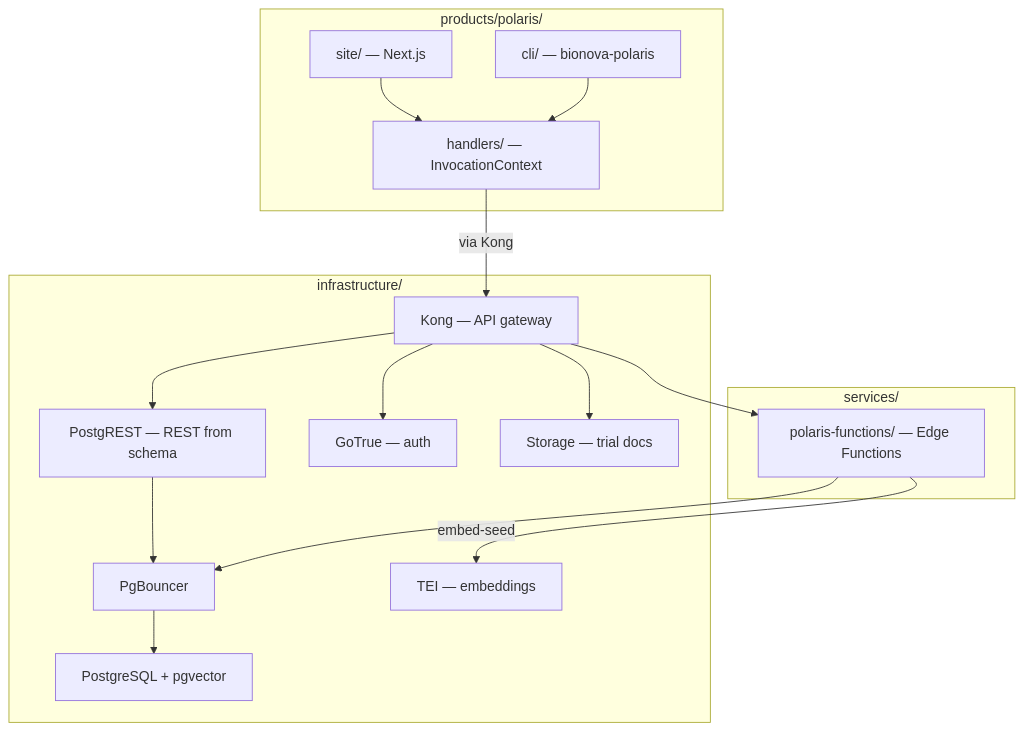
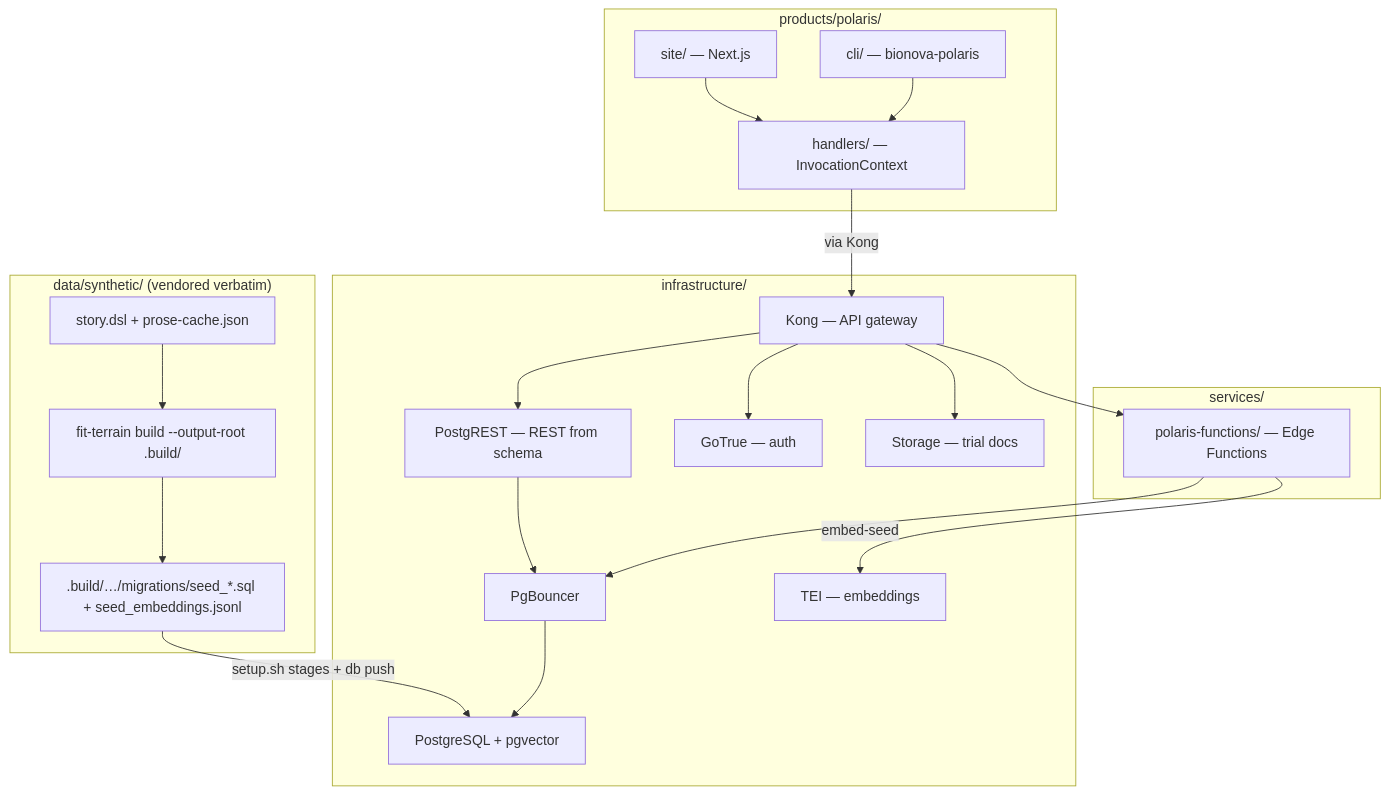
Before and after one commit to forwardimpact/monorepo: the diagram in specs/1160-bionova-finder-app/design-a.md, drawn with Mermaid. The commit also changed other lines of this file and 11 other files, not shown here.

First line of the commit message:
docs(1160): rebuild BioNova Polaris spec/design/plan around synthetic data (#1870)

````diff
--- a/specs/1160-bionova-finder-app/design-a.md
+++ b/specs/1160-bionova-finder-app/design-a.md
@@ -19,33 +20,42 @@
 ```mermaid
 graph TD
+    subgraph "data/synthetic/ (vendored verbatim)"
+        dsl["story.dsl + prose-cache.json"]
+        terrain["fit-terrain build --output-root .build/"]
+        seed[".build/…/migrations/seed_*.sql + seed_embeddings.jsonl"]
+        dsl --> terrain --> seed
+    end
+
     subgraph "products/polaris/"
         site["site/ — Next.js"]
         cli["cli/ — bionova-polaris"]
         handlers["handlers/ — InvocationContext"]
     end
+
+    seed -->|setup.sh stages + db push| pg
 
     subgraph "services/"
         ef["polaris-functions/ — Edge Functions"]
     end
 
     subgraph "infrastructure/"
         kong["Kong — API gateway"]
         pg["PostgreSQL + pgvector"]
         pgb["PgBouncer"]
         prest["PostgREST — REST from schema"]
         gotrue["GoTrue — auth"]
         tei["TEI — embeddings"]
         store["Storage — trial docs"]
     end
 
     site --> handlers
     cli --> handlers
     handlers -->|via Kong| kong
     kong --> prest
     kong --> gotrue
     kong --> ef
     kong --> store
     prest --> pgb --> pg
     ef --> pgb
     ef -->|embed-seed| tei
 ```
````
